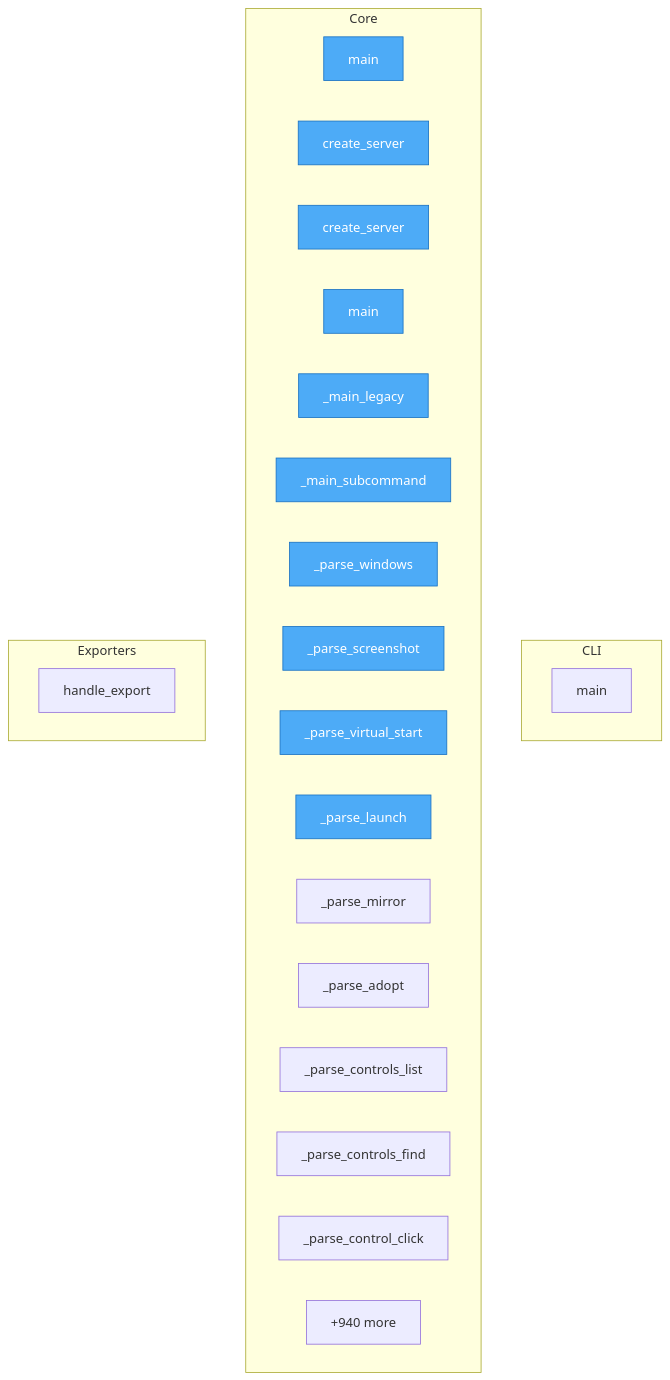
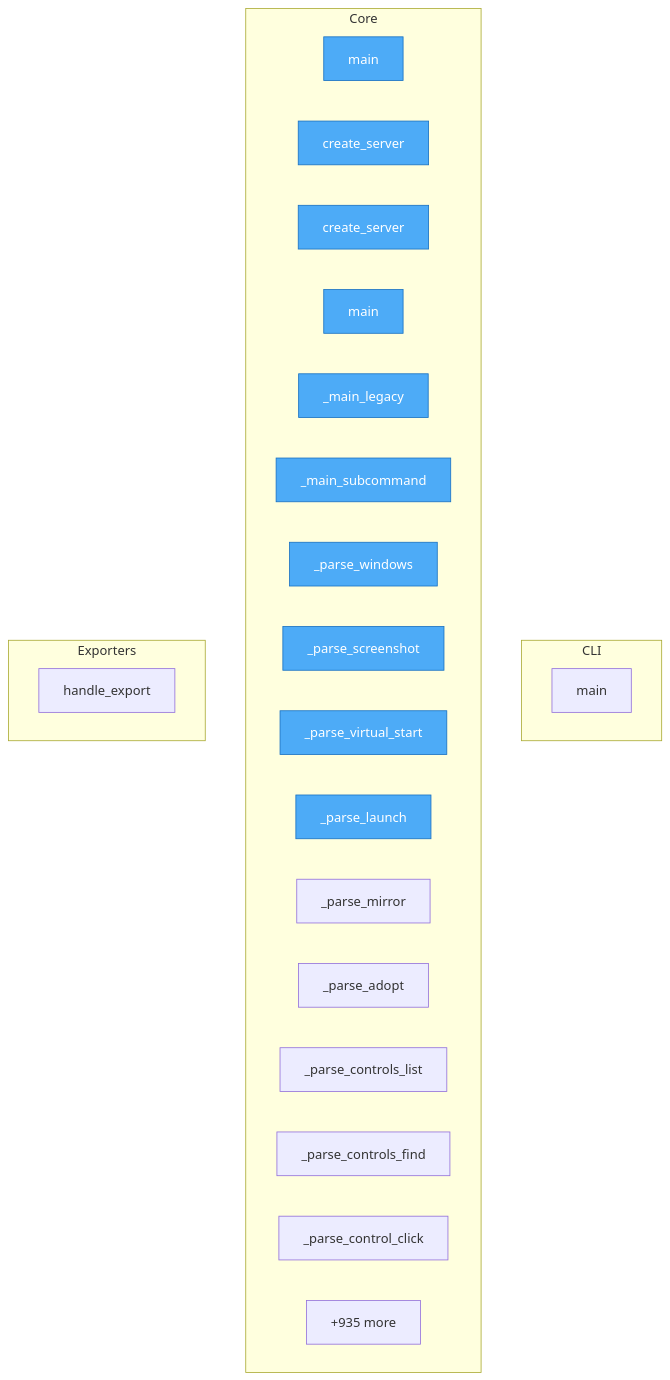
The diagram in project/flow.mmd (wronai/vdisplay), drawn with Mermaid before and after one commit. The commit also changed 30 other files, not shown here.

```diff
--- a/project/flow.mmd
+++ b/project/flow.mmd
@@ -1,34 +1,34 @@
 flowchart TD
 %% generated in 0.09s
 
     %% Entry points (blue)
     classDef entry fill:#4dabf7,stroke:#1971c2,color:#fff
 
     subgraph CLI
         packages__cli2vdisplay__src__cli2vdisplay__cli__main["main"]
     end
 
     subgraph Core
         packages__mcp2vdisplay__src__mcp2vdisplay__cli__main["main"]
         packages__mcp2vdisplay__src__mcp2vdisplay__cli__create_server["create_server"]
         packages__mcp2vdisplay__src__mcp2vdisplay__server__create_server["create_server"]
         packages__dsl2vdisplay__src__dsl2vdisplay__cli__main["main"]
         packages__dsl2vdisplay__src__dsl2vdisplay__cli___main_legacy["_main_legacy"]
         packages__dsl2vdisplay__src__dsl2vdisplay__cli___main_subcommand["_main_subcommand"]
         packages__dsl2vdisplay__src__dsl2vdisplay__grammar___parse_windows["_parse_windows"]
         packages__dsl2vdisplay__src__dsl2vdisplay__grammar___parse_screenshot["_parse_screenshot"]
         packages__dsl2vdisplay__src__dsl2vdisplay__grammar___parse_virtual_start["_parse_virtual_start"]
         packages__dsl2vdisplay__src__dsl2vdisplay__grammar___parse_launch["_parse_launch"]
         packages__dsl2vdisplay__src__dsl2vdisplay__grammar___parse_mirror["_parse_mirror"]
         packages__dsl2vdisplay__src__dsl2vdisplay__grammar___parse_adopt["_parse_adopt"]
         packages__dsl2vdisplay__src__dsl2vdisplay__grammar___parse_controls_list["_parse_controls_list"]
         packages__dsl2vdisplay__src__dsl2vdisplay__grammar___parse_controls_find["_parse_controls_find"]
         packages__dsl2vdisplay__src__dsl2vdisplay__grammar___parse_control_click["_parse_control_click"]
-        ...["+940 more"]
+        ...["+935 more"]
     end
 
     subgraph Exporters
         src__vdisplay__commands__session__handle_export["handle_export"]
     end
 
     class packages__mcp2vdisplay__src__mcp2vdisplay__cli__main,packages__mcp2vdisplay__src__mcp2vdisplay__cli__create_server,packages__mcp2vdisplay__src__mcp2vdisplay__server__create_server,packages__dsl2vdisplay__src__dsl2vdisplay__cli__main,packages__dsl2vdisplay__src__dsl2vdisplay__cli___main_legacy,packages__dsl2vdisplay__src__dsl2vdisplay__cli___main_subcommand,packages__dsl2vdisplay__src__dsl2vdisplay__grammar___parse_windows,packages__dsl2vdisplay__src__dsl2vdisplay__grammar___parse_screenshot,packages__dsl2vdisplay__src__dsl2vdisplay__grammar___parse_virtual_start,packages__dsl2vdisplay__src__dsl2vdisplay__grammar___parse_launch entry
```
